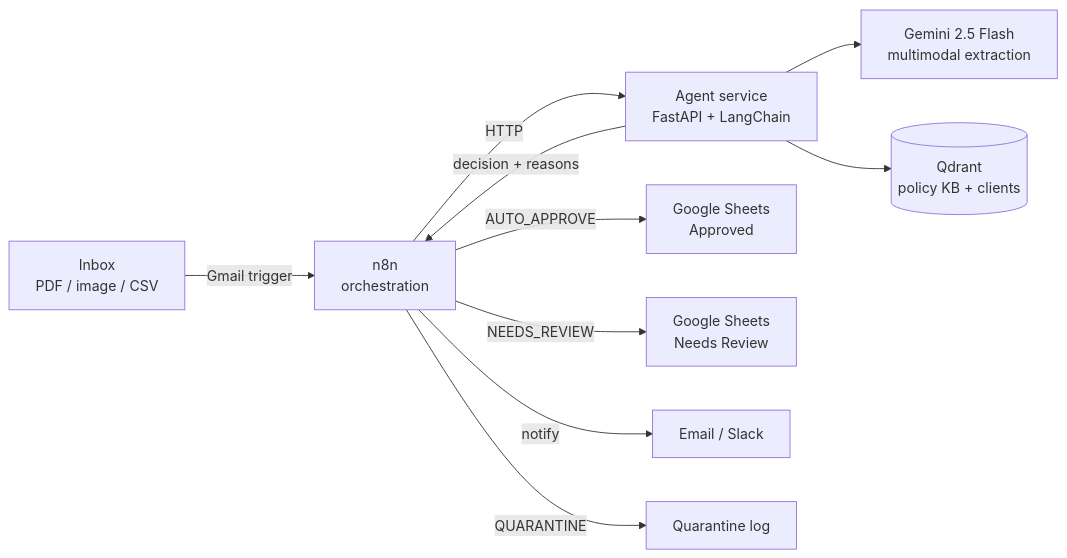
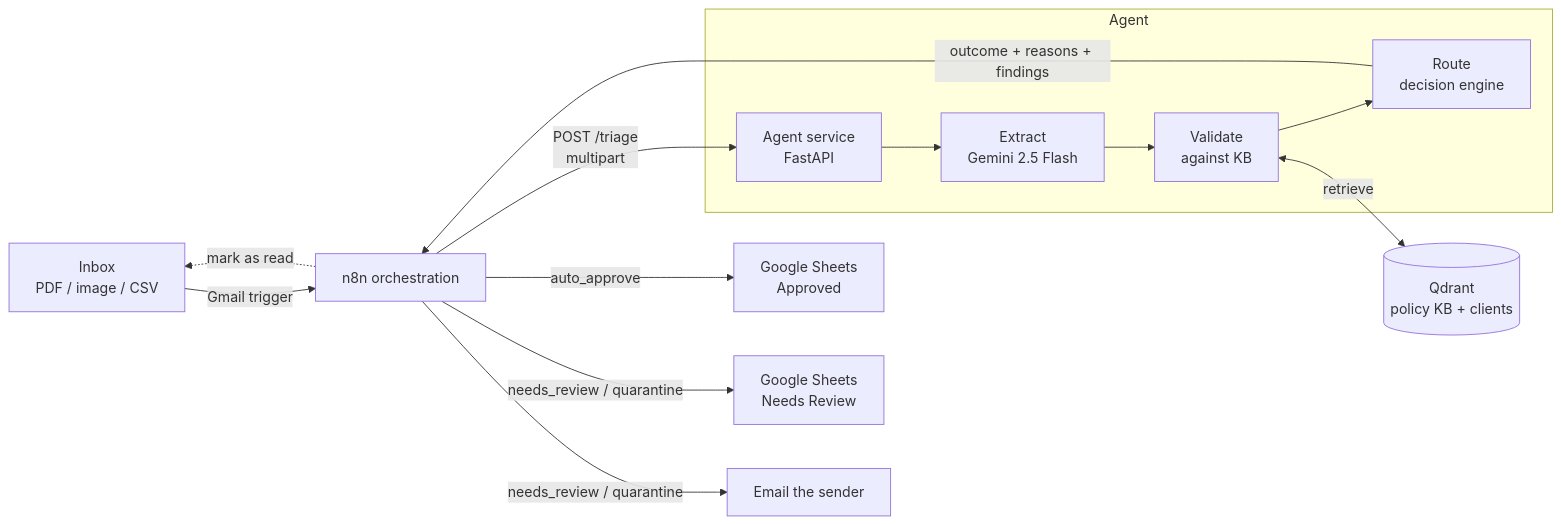
The diagram in README.md (RyutaKinzoku/agentic-contract-triage), drawn with Mermaid before and after one commit. The commit also changed other lines of this file, not shown here.

````diff
--- a/README.md
+++ b/README.md
@@ -32,12 +32,19 @@
 ```mermaid
 flowchart LR
-    A[Inbox<br/>PDF / image / CSV] -->|Gmail trigger| B[n8n<br/>orchestration]
-    B -->|HTTP| C[Agent service<br/>FastAPI + LangChain]
-    C --> D[Gemini 2.5 Flash<br/>multimodal extraction]
-    C --> E[(Qdrant<br/>policy KB + clients)]
-    C -->|decision + reasons| B
-    B -->|AUTO_APPROVE| F[Google Sheets<br/>Approved]
-    B -->|NEEDS_REVIEW| G[Google Sheets<br/>Needs Review]
-    B -->|notify| H[Email / Slack]
-    B -->|QUARANTINE| I[Quarantine log]
+    A[Inbox<br/>PDF / image / CSV] -->|Gmail trigger| B[n8n orchestration]
+    B -. mark as read .-> A
+    B -->|POST /triage<br/>multipart| C[Agent service<br/>FastAPI]
+
+    subgraph Agent
+      C --> X[Extract<br/>Gemini 2.5 Flash]
+      X --> Y[Validate<br/>against KB]
+      Y --> Z[Route<br/>decision engine]
+    end
+
+    Y <-->|retrieve| E[(Qdrant<br/>policy KB + clients)]
+    Z -->|outcome + reasons + findings| B
+
+    B -->|auto_approve| F[Google Sheets<br/>Approved]
+    B -->|needs_review / quarantine| G[Google Sheets<br/>Needs Review]
+    B -->|needs_review / quarantine| H[Email the sender]
 ```
````
